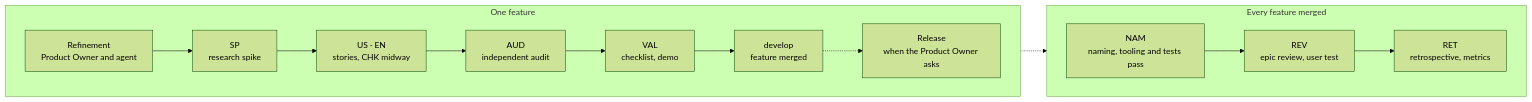
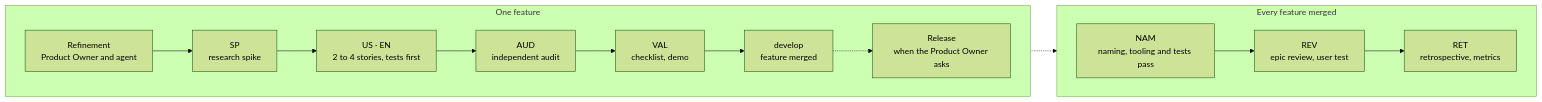
One commit to AlexandreGallais/synoptic-studio changed the diagram in docs/process/agile.md. Above: the diagram before and after it, drawn with Mermaid (forest theme). The commit also changed other lines of this file and 40 other files, not shown here.

````diff
--- a/docs/process/agile.md
+++ b/docs/process/agile.md
@@ -5,17 +5,17 @@
 ```mermaid
 flowchart LR
   subgraph feature [One feature]
     direction LR
     R[Refinement<br/>Product Owner and agent] --> SP[SP<br/>research spike]
-    SP --> ST[US · EN<br/>stories, CHK midway]
+    SP --> ST[US · EN<br/>2 to 4 stories, tests first]
     ST --> AUD[AUD<br/>independent audit]
     AUD --> VAL[VAL<br/>checklist, demo]
     VAL --> DEV[develop<br/>feature merged]
     DEV -.-> REL[Release<br/>when the Product Owner asks]
   end
   subgraph epic [Every feature merged]
     direction LR
     NAM[NAM<br/>naming, tooling and tests pass] --> REV[REV<br/>epic review, user test] --> RET[RET<br/>retrospective, metrics]
   end
   DEV -.-> NAM
 ```
````
